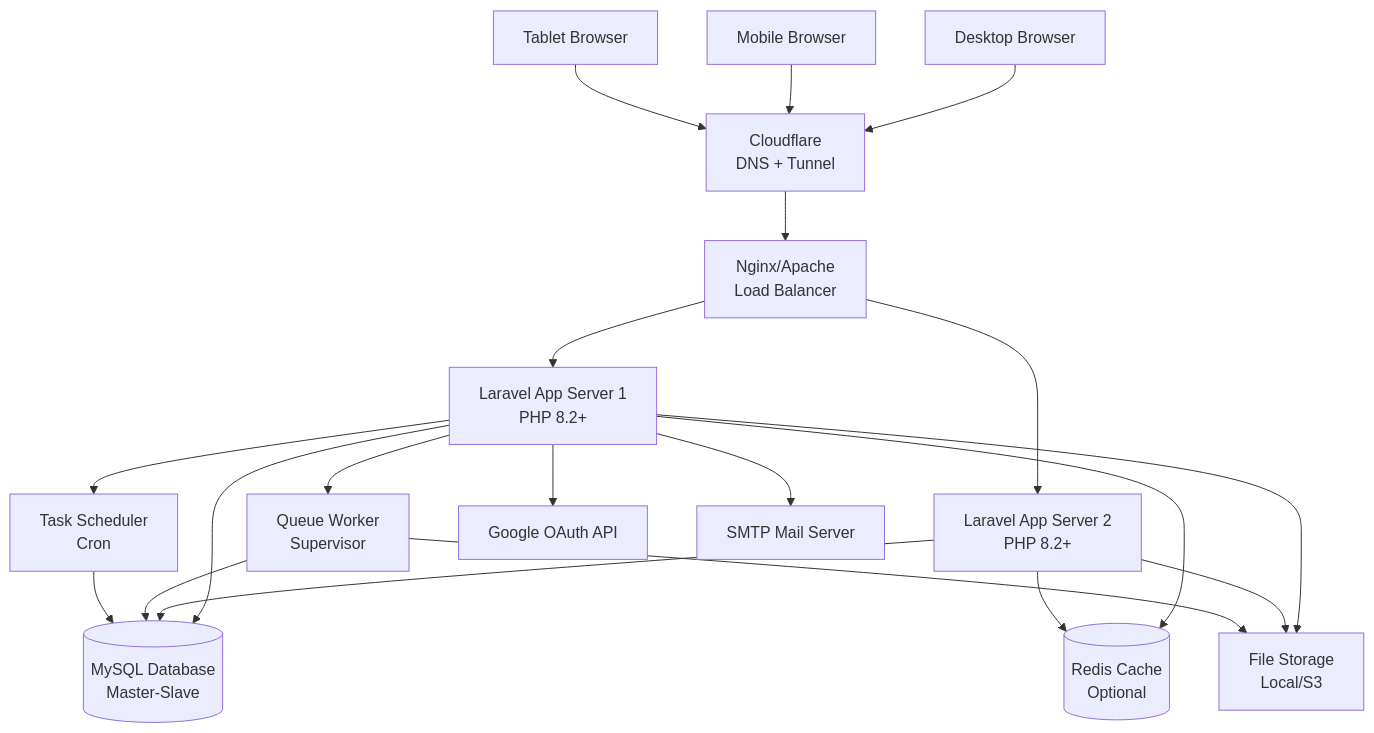
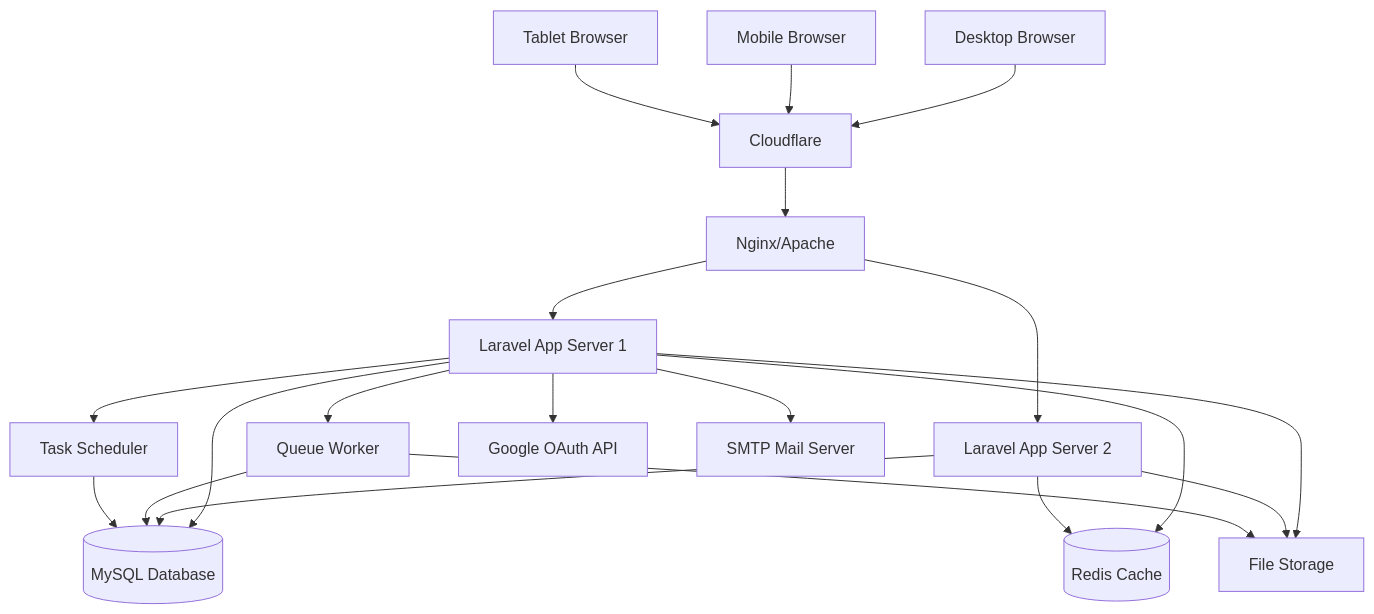
Before and after one commit to vd120/laravel_project: diagram 16 of 29 in UML.md, drawn with Mermaid. The commit also changed other lines of this file, not shown here.

````diff
--- a/UML.md
+++ b/UML.md
@@ -1035,37 +1022,37 @@
 ```mermaid
 flowchart TB
     Desktop[Desktop Browser]
     Mobile[Mobile Browser]
     Tablet[Tablet Browser]
-    Cloudflare[Cloudflare<br/>DNS + Tunnel]
-    Nginx[Nginx/Apache<br/>Load Balancer]
-    AppServer1[Laravel App Server 1<br/>PHP 8.2+]
-    AppServer2[Laravel App Server 2<br/>PHP 8.2+]
-    QueueWorker[Queue Worker<br/>Supervisor]
-    Scheduler[Task Scheduler<br/>Cron]
-    MySQL[(MySQL Database<br/>Master-Slave)]
-    Redis[(Redis Cache<br/>Optional)]
-    FileStorage[File Storage<br/>Local/S3]
+    Cloudflare[Cloudflare]
+    Nginx[Nginx/Apache]
+    AppServer1[Laravel App Server 1]
+    AppServer2[Laravel App Server 2]
+    QueueWorker[Queue Worker]
+    Scheduler[Task Scheduler]
+    MySQL[(MySQL Database)]
+    Redis[(Redis Cache)]
+    FileStorage[File Storage]
     Google[Google OAuth API]
     SMTP[SMTP Mail Server]
 
     Desktop --> Cloudflare
     Mobile --> Cloudflare
     Tablet --> Cloudflare
     Cloudflare --> Nginx
     Nginx --> AppServer1
     Nginx --> AppServer2
     AppServer1 --> MySQL
     AppServer1 --> Redis
     AppServer1 --> FileStorage
     AppServer1 --> QueueWorker
     AppServer1 --> Scheduler
     AppServer2 --> MySQL
     AppServer2 --> Redis
     AppServer2 --> FileStorage
     QueueWorker --> MySQL
     QueueWorker --> FileStorage
     Scheduler --> MySQL
     AppServer1 --> Google
     AppServer1 --> SMTP
 ```
````
